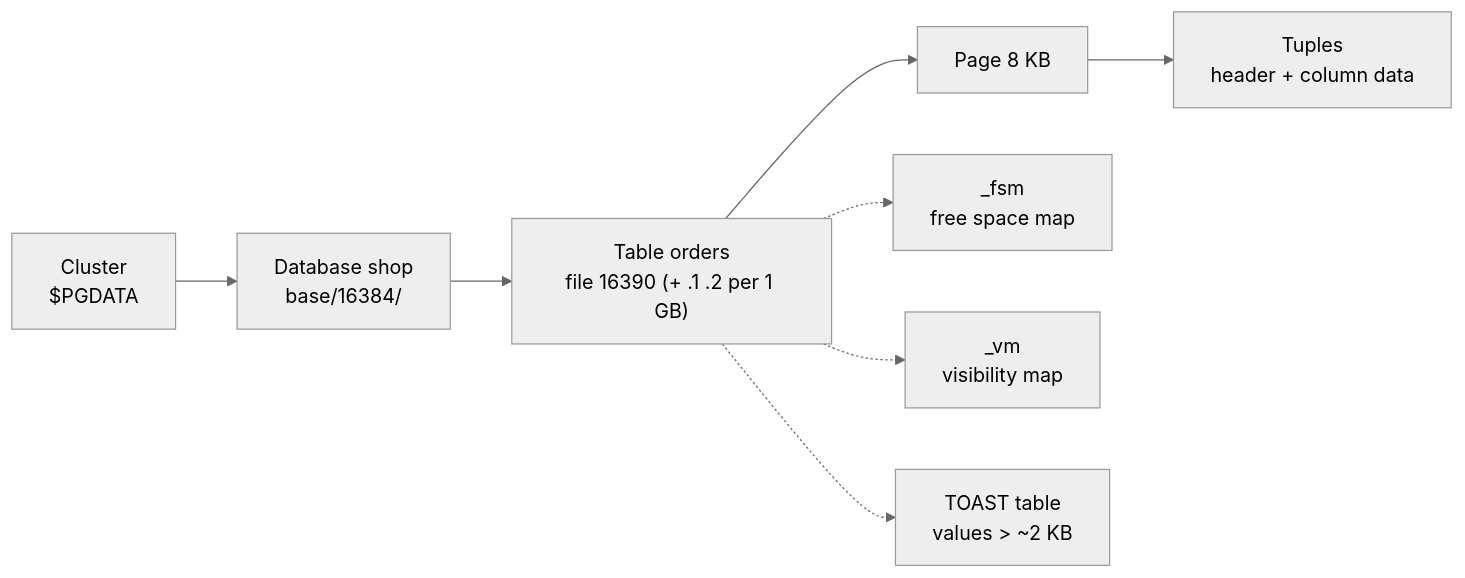
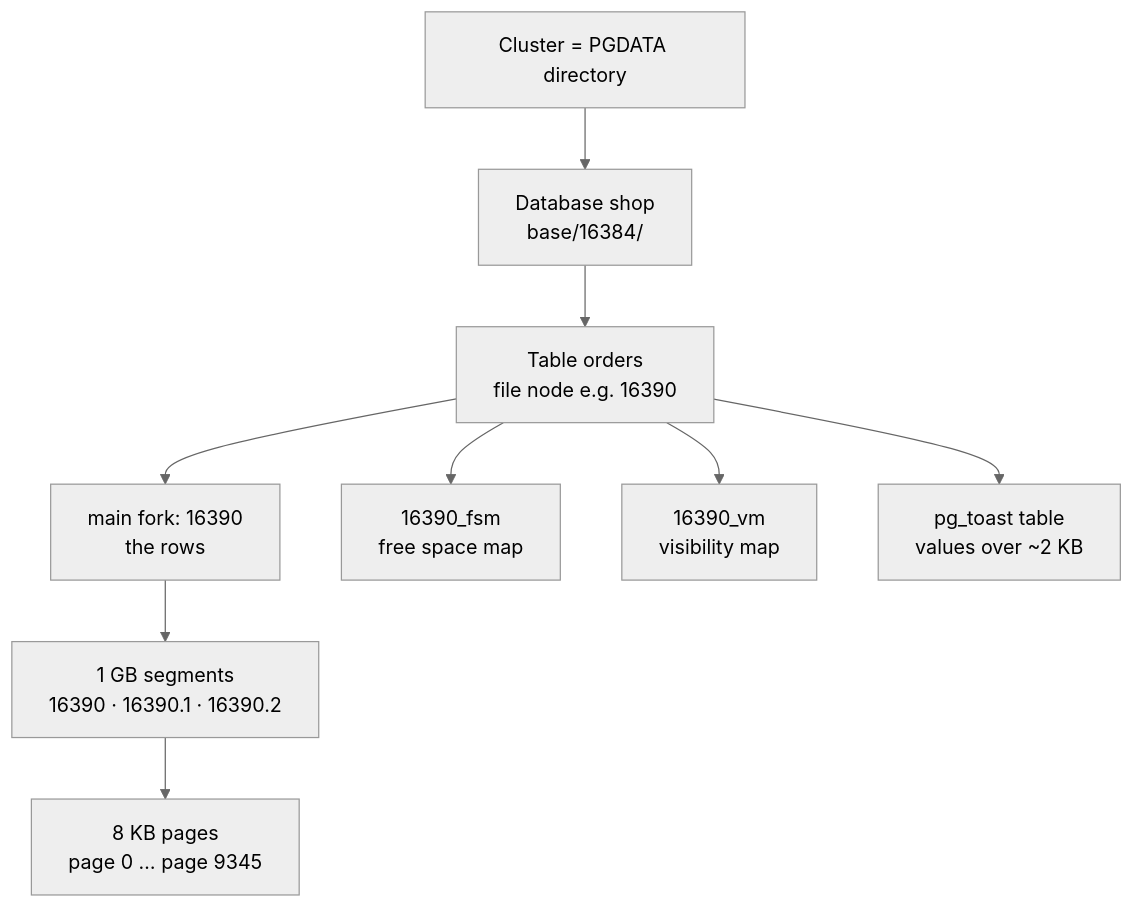
The first of 2 diagrams in Doc/00-introduction/04-storage-layout.md (wesamkhateeb98-creator/postgresql-zero-to-hero), drawn with Mermaid (neutral theme) before and after one commit. The commit also changed other lines of this file and 33 other files, not shown here.

First line of the commit message:
Add PL/pgSQL phase, rework architecture/storage/CRUD docs

````diff
--- a/Doc/00-introduction/04-storage-layout.md
+++ b/Doc/00-introduction/04-storage-layout.md
@@ -5,8 +7,11 @@
 ```mermaid
-flowchart LR
-    CL["Cluster<br/>$PGDATA"] --> DB["Database shop<br/>base/16384/"] --> T["Table orders<br/>file 16390 (+ .1 .2 per 1 GB)"]
-    T --> P["Page 8 KB"] --> TU["Tuples<br/>header + column data"]
-    T -.-> FSM["_fsm<br/>free space map"]
-    T -.-> VM["_vm<br/>visibility map"]
-    T -.-> TO["TOAST table<br/>values > ~2 KB"]
+flowchart TB
+    CL["Cluster = PGDATA directory"] --> DB["Database shop<br/>base/16384/"]
+    DB --> TB["Table orders<br/>file node e.g. 16390"]
+    TB --> MAIN["main fork: 16390<br/>the rows"]
+    TB --> FSM["16390_fsm<br/>free space map"]
+    TB --> VM["16390_vm<br/>visibility map"]
+    TB --> TOAST["pg_toast table<br/>values over ~2 KB"]
+    MAIN --> SEG["1 GB segments<br/>16390 · 16390.1 · 16390.2"]
+    SEG --> PG["8 KB pages<br/>page 0 … page 9345"]
 ```
````
